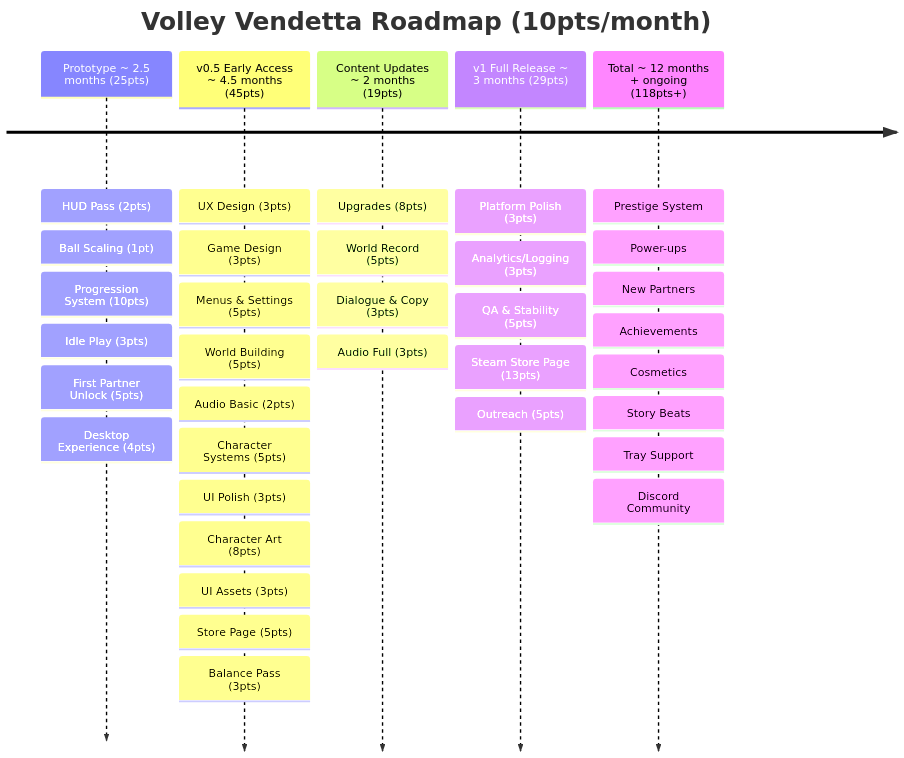
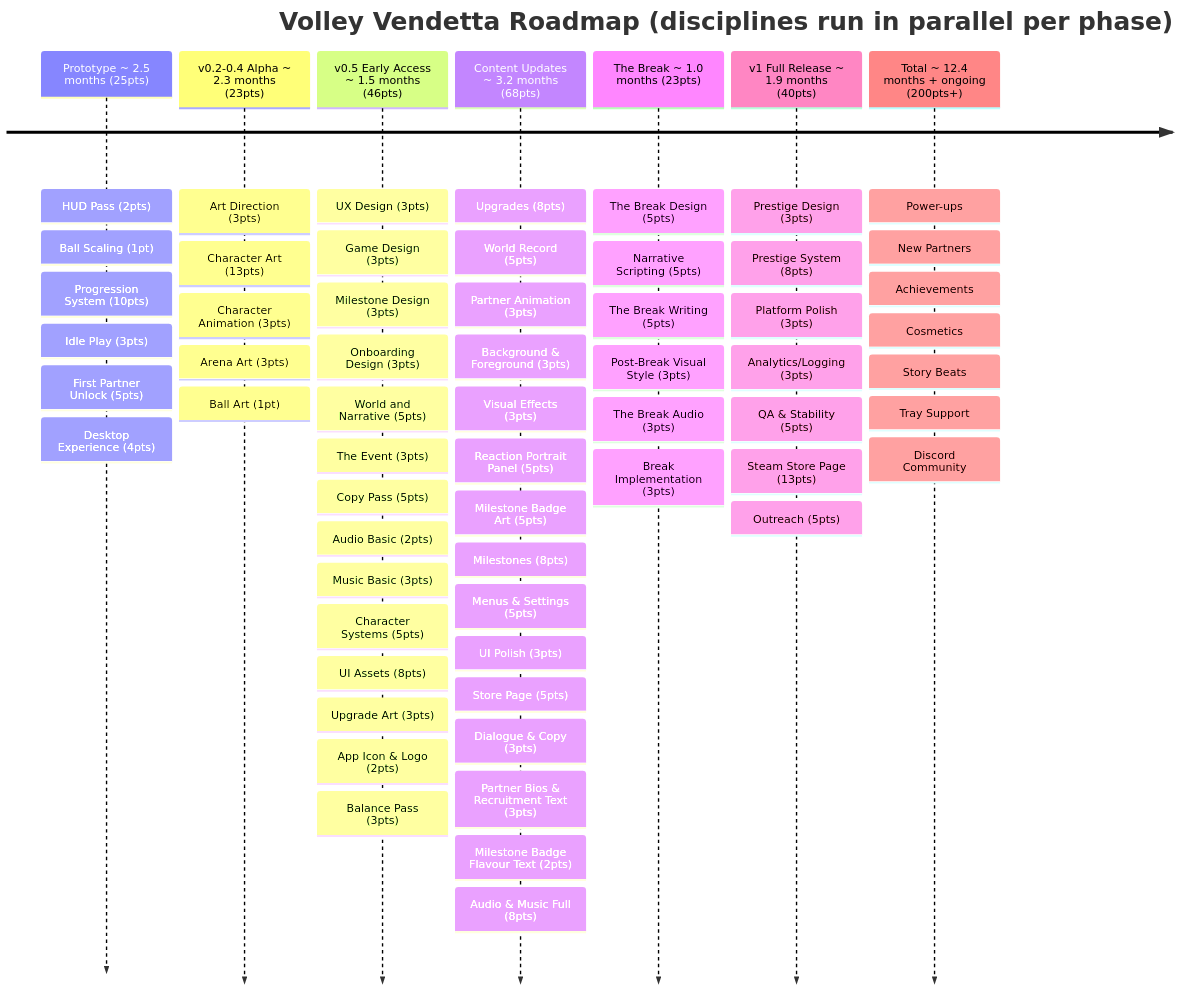
The diagram in designs/roadmap.md (shuck-dev/volley), drawn with Mermaid before and after one commit. The commit also changed other lines of this file and 8 other files, not shown here.

Commit message:
docs: reworked roadmap to be more fleshy

````diff
--- a/designs/roadmap.md
+++ b/designs/roadmap.md
@@ -3,48 +3,78 @@
 ```mermaid
 timeline
-    title Volley Vendetta Roadmap (10pts/month)
+    title Volley Vendetta Roadmap (disciplines run in parallel per phase)
 
     Prototype ~ 2.5 months (25pts)
         : HUD Pass (2pts)
         : Ball Scaling (1pt)
         : Progression System (10pts)
         : Idle Play (3pts)
         : First Partner Unlock (5pts)
         : Desktop Experience (4pts)
 
-    v0.5 Early Access ~ 4.5 months (45pts)
+    v0.2-0.4 Alpha ~ 2.3 months (23pts)
+        : Art Direction (3pts)
+        : Character Art (13pts)
+        : Character Animation (3pts)
+        : Arena Art (3pts)
+        : Ball Art (1pt)
+
+    v0.5 Early Access ~ 1.5 months (46pts)
         : UX Design (3pts)
         : Game Design (3pts)
-        : Menus & Settings (5pts)
-        : World Building (5pts)
+        : Milestone Design (3pts)
+        : Onboarding Design (3pts)
+        : World and Narrative (5pts)
+        : The Event (3pts)
+        : Copy Pass (5pts)
         : Audio Basic (2pts)
+        : Music Basic (3pts)
         : Character Systems (5pts)
-        : UI Polish (3pts)
-        : Character Art (8pts)
-        : UI Assets (3pts)
-        : Store Page (5pts)
+        : UI Assets (8pts)
+        : Upgrade Art (3pts)
+        : App Icon & Logo (2pts)
         : Balance Pass (3pts)
 
-    Content Updates ~ 2 months (19pts)
+    Content Updates ~ 3.2 months (68pts)
         : Upgrades (8pts)
         : World Record (5pts)
+        : Partner Animation (3pts)
+        : Background & Foreground (3pts)
+        : Visual Effects (3pts)
+        : Reaction Portrait Panel (5pts)
+        : Milestone Badge Art (5pts)
+        : Milestones (8pts)
+        : Menus & Settings (5pts)
+        : UI Polish (3pts)
+        : Store Page (5pts)
         : Dialogue & Copy (3pts)
-        : Audio Full (3pts)
+        : Partner Bios & Recruitment Text (3pts)
+        : Milestone Badge Flavour Text (2pts)
+        : Audio & Music Full (8pts)
 
-    v1 Full Release ~ 3 months (29pts)
+    The Break ~ 1.0 months (23pts)
+        : The Break Design (5pts)
+        : Narrative Scripting (5pts)
+        : The Break Writing (5pts)
+        : Post-Break Visual Style (3pts)
+        : The Break Audio (3pts)
+        : Break Implementation (3pts)
+
+    v1 Full Release ~ 1.9 months (40pts)
+        : Prestige Design (3pts)
+        : Prestige System (8pts)
         : Platform Polish (3pts)
         : Analytics/Logging (3pts)
         : QA & Stability (5pts)
         : Steam Store Page (13pts)
         : Outreach (5pts)
 
-    Total ~ 12 months + ongoing (118pts+)
-        : Prestige System
+    Total ~ 12.4 months + ongoing (200pts+)
         : Power-ups
         : New Partners
         : Achievements
         : Cosmetics
         : Story Beats
         : Tray Support
         : Discord Community
 ```
````
